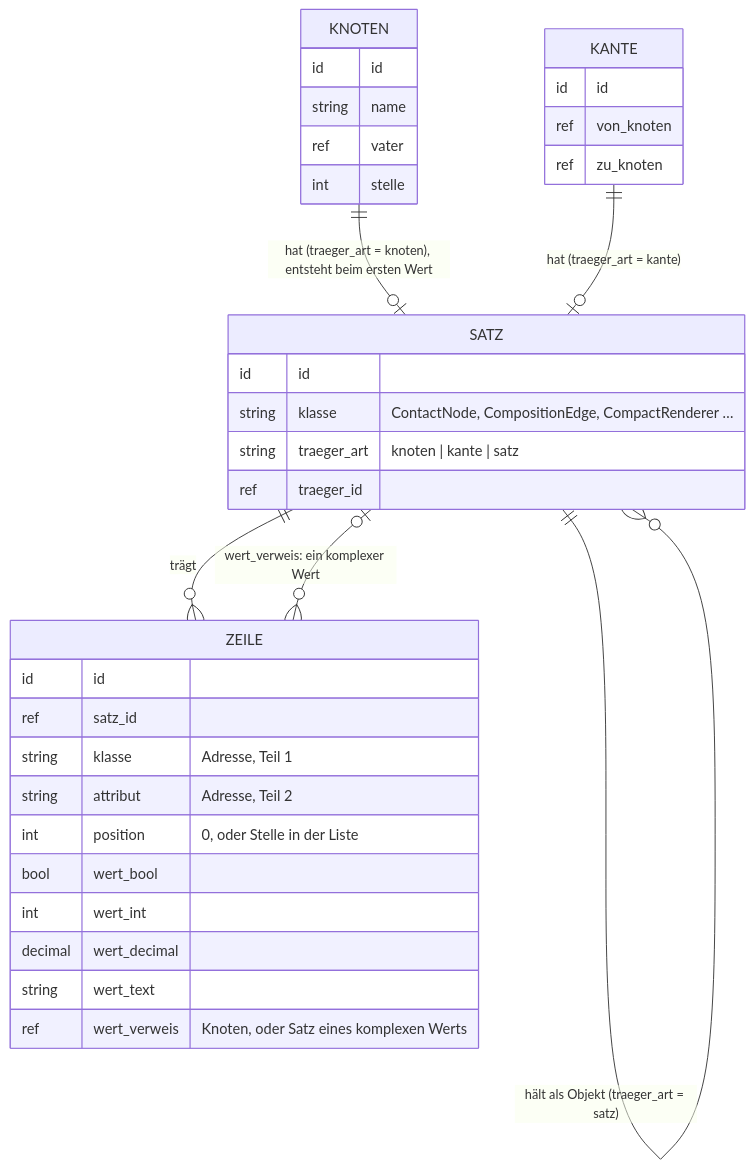
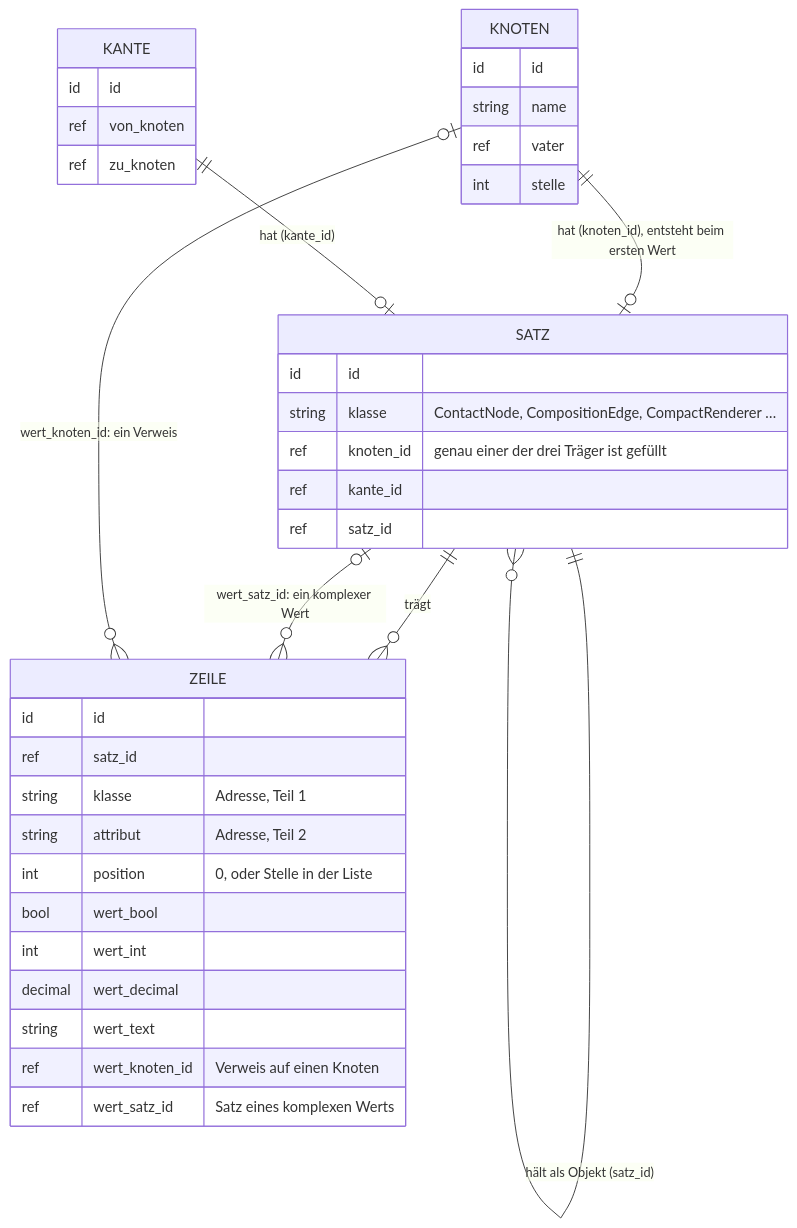
The eighth of 8 diagrams in docs/einstellungen-von-null.md (sfambach/wp-taxonomy-modeler), drawn with Mermaid before and after one commit. The commit also changed other lines of this file and 1 other file, not shown here.

Commit message:
Einstellungen von null: Id-Raeume beantwortet - jede Tabelle zaehlt fuer sich, ein Verweis ist eine Spalte je Zieltabelle, Fremdschluessel prueft die Datenbank; Pfad war nie sein Wunsch (INF-001)

````diff
--- a/docs/einstellungen-von-null.md
+++ b/docs/einstellungen-von-null.md
@@ -431,37 +434,40 @@
 ```mermaid
 erDiagram
-  KNOTEN ||--o| SATZ : "hat (traeger_art = knoten), entsteht beim ersten Wert"
-  KANTE ||--o| SATZ : "hat (traeger_art = kante)"
-  SATZ ||--o{ SATZ : "hält als Objekt (traeger_art = satz)"
+  KNOTEN ||--o| SATZ : "hat (knoten_id), entsteht beim ersten Wert"
+  KANTE ||--o| SATZ : "hat (kante_id)"
+  SATZ ||--o{ SATZ : "hält als Objekt (satz_id)"
   SATZ ||--o{ ZEILE : "trägt"
-  ZEILE }o--o| SATZ : "wert_verweis: ein komplexer Wert"
+  ZEILE }o--o| SATZ : "wert_satz_id: ein komplexer Wert"
+  ZEILE }o--o| KNOTEN : "wert_knoten_id: ein Verweis"
   KNOTEN {
     id id
     string name
     ref vater
     int stelle
   }
   KANTE {
     id id
     ref von_knoten
     ref zu_knoten
   }
   SATZ {
     id id
     string klasse "ContactNode, CompositionEdge, CompactRenderer …"
-    string traeger_art "knoten | kante | satz"
-    ref traeger_id
+    ref knoten_id "genau einer der drei Träger ist gefüllt"
+    ref kante_id
+    ref satz_id
   }
   ZEILE {
     id id
     ref satz_id
     string klasse "Adresse, Teil 1"
     string attribut "Adresse, Teil 2"
     int position "0, oder Stelle in der Liste"
     bool wert_bool
     int wert_int
     decimal wert_decimal
     string wert_text
-    ref wert_verweis "Knoten, oder Satz eines komplexen Werts"
+    ref wert_knoten_id "Verweis auf einen Knoten"
+    ref wert_satz_id "Satz eines komplexen Werts"
   }
 ```
````
